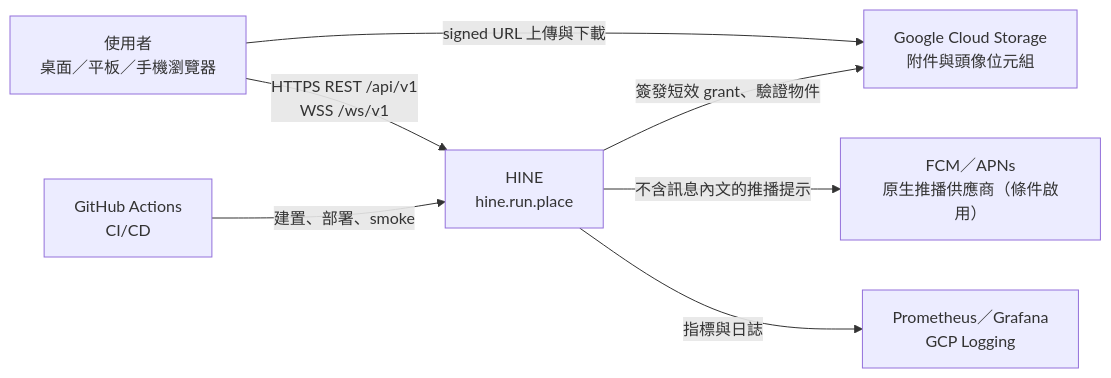
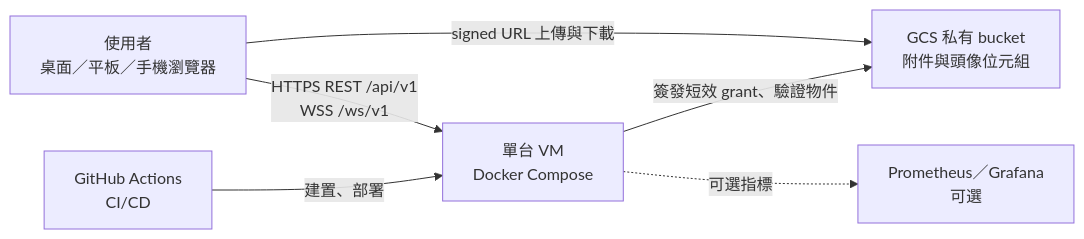
One commit to LeoCheng-space/Hine changed the first of 9 diagrams in docs/architecture/README.md. Above: the diagram before and after it, drawn with Mermaid. The commit also changed other lines of this file and 24 other files, not shown here.

````diff
--- a/docs/architecture/README.md
+++ b/docs/architecture/README.md
@@ -23,15 +23,13 @@
 ```mermaid
 flowchart LR
   user["使用者<br/>桌面／平板／手機瀏覽器"]
-  hine["HINE<br/>hine.run.place"]
-  gcs["Google Cloud Storage<br/>附件與頭像位元組"]
-  push["FCM／APNs<br/>原生推播供應商（條件啟用）"]
+  vm["單台 VM<br/>Docker Compose"]
+  gcs["GCS 私有 bucket<br/>附件與頭像位元組"]
   gha["GitHub Actions<br/>CI/CD"]
-  obs["Prometheus／Grafana<br/>GCP Logging"]
-  user -->|"HTTPS REST /api/v1<br/>WSS /ws/v1"| hine
+  obs["Prometheus／Grafana<br/>可選"]
+  user -->|"HTTPS REST /api/v1<br/>WSS /ws/v1"| vm
   user -->|"signed URL 上傳與下載"| gcs
-  hine -->|"簽發短效 grant、驗證物件"| gcs
-  hine -->|"不含訊息內文的推播提示"| push
-  gha -->|"建置、部署、smoke"| hine
-  hine -->|"指標與日誌"| obs
+  vm -->|"簽發短效 grant、驗證物件"| gcs
+  gha -->|"建置、部署"| vm
+  vm -.->|"可選指標"| obs
 ```
````
